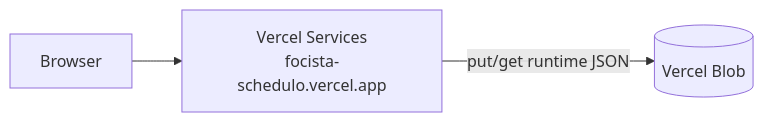
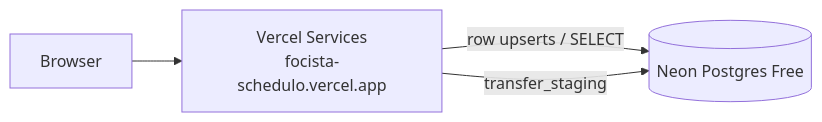
The diagram in docs/DEPLOYMENT_VERCEL.md (RifqiMT/focista-schedulo), drawn with Mermaid before and after one commit. The commit also changed other lines of this file and 49 other files, not shown here.

First line of the commit message:
feat: migrate production persistence from Vercel Blob to Neon Postgres

````diff
--- a/docs/DEPLOYMENT_VERCEL.md
+++ b/docs/DEPLOYMENT_VERCEL.md
@@ -27,9 +27,10 @@
 ```mermaid
 flowchart LR
   Browser[Browser]
   Vercel[Vercel Services<br/>focista-schedulo.vercel.app]
-  Blob[(Vercel Blob)]
+  Neon[(Neon Postgres Free)]
 
   Browser --> Vercel
-  Vercel -->|put/get runtime JSON| Blob
+  Vercel -->|row upserts / SELECT| Neon
+  Vercel -->|transfer_staging| Neon
 ```
````
